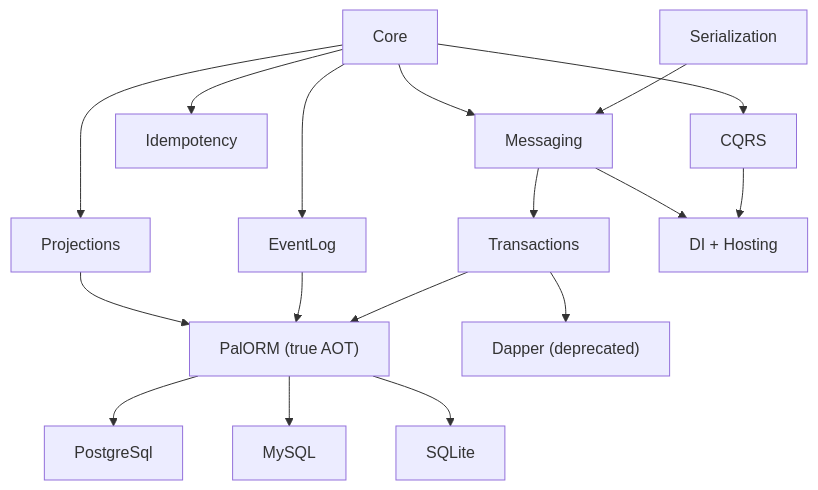
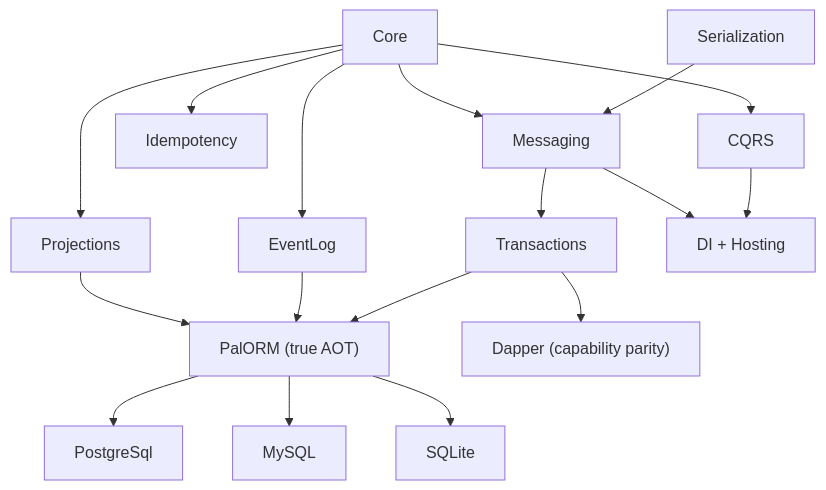
One commit to yuebo119/PalDDD changed the diagram in README.en.md. Above: the diagram before and after it, drawn with Mermaid. The commit also changed other lines of this file and 35 other files, not shown here.

````diff
--- a/README.en.md
+++ b/README.en.md
@@ -846,19 +846,19 @@
 ```mermaid
 flowchart TB
     Core --> CQRS
     Core --> EventLog
     Core --> Idempotency
     Core --> Projections
     Serialization --> Messaging
     Core --> Messaging
     Messaging --> Transactions
     CQRS --> DI[DI + Hosting]
     Messaging --> DI
     Transactions --> PalORM["PalORM (true AOT)"]
     EventLog --> PalORM
     Projections --> PalORM
-    Transactions --> Dapper["Dapper (deprecated)"]
+    Transactions --> Dapper["Dapper (capability parity)"]
     PalORM --> PG[PostgreSql]
     PalORM --> MySQL
     PalORM --> SQLite
 ```
````
